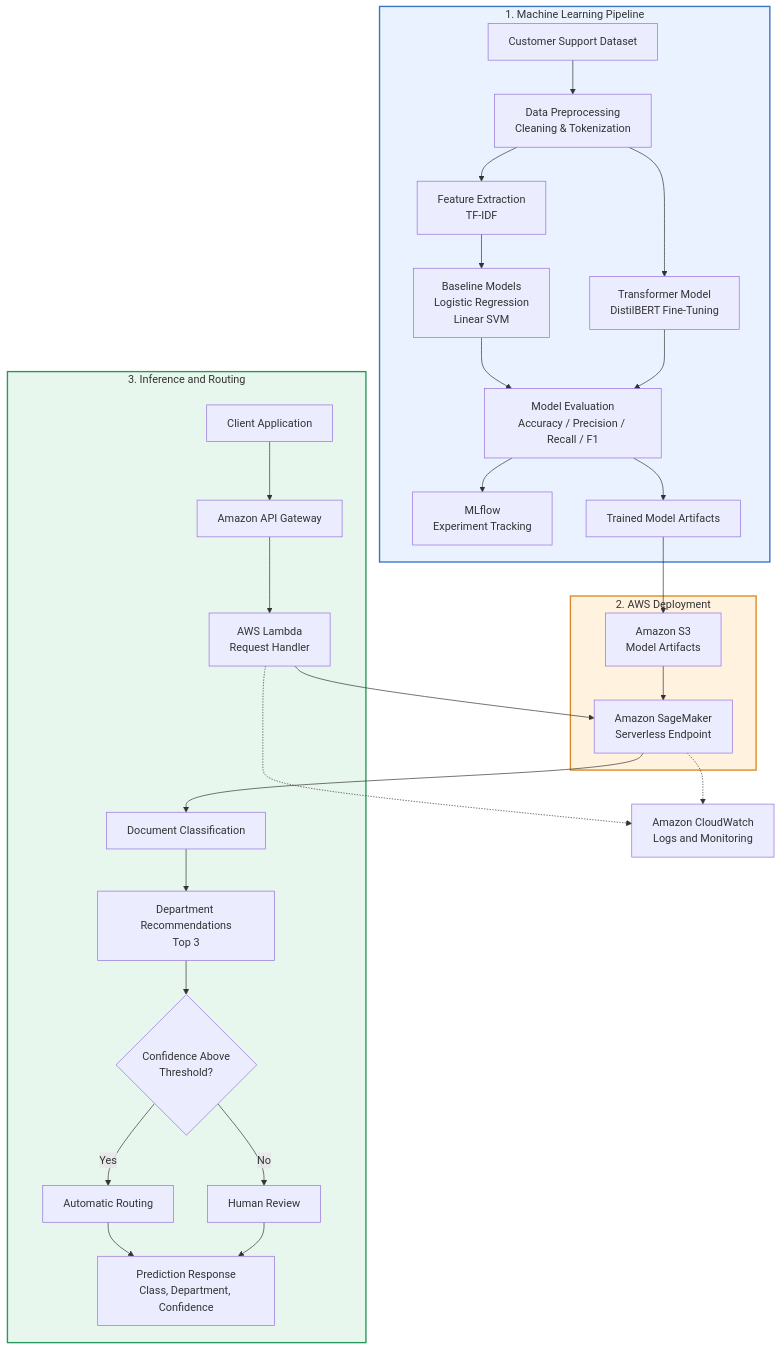
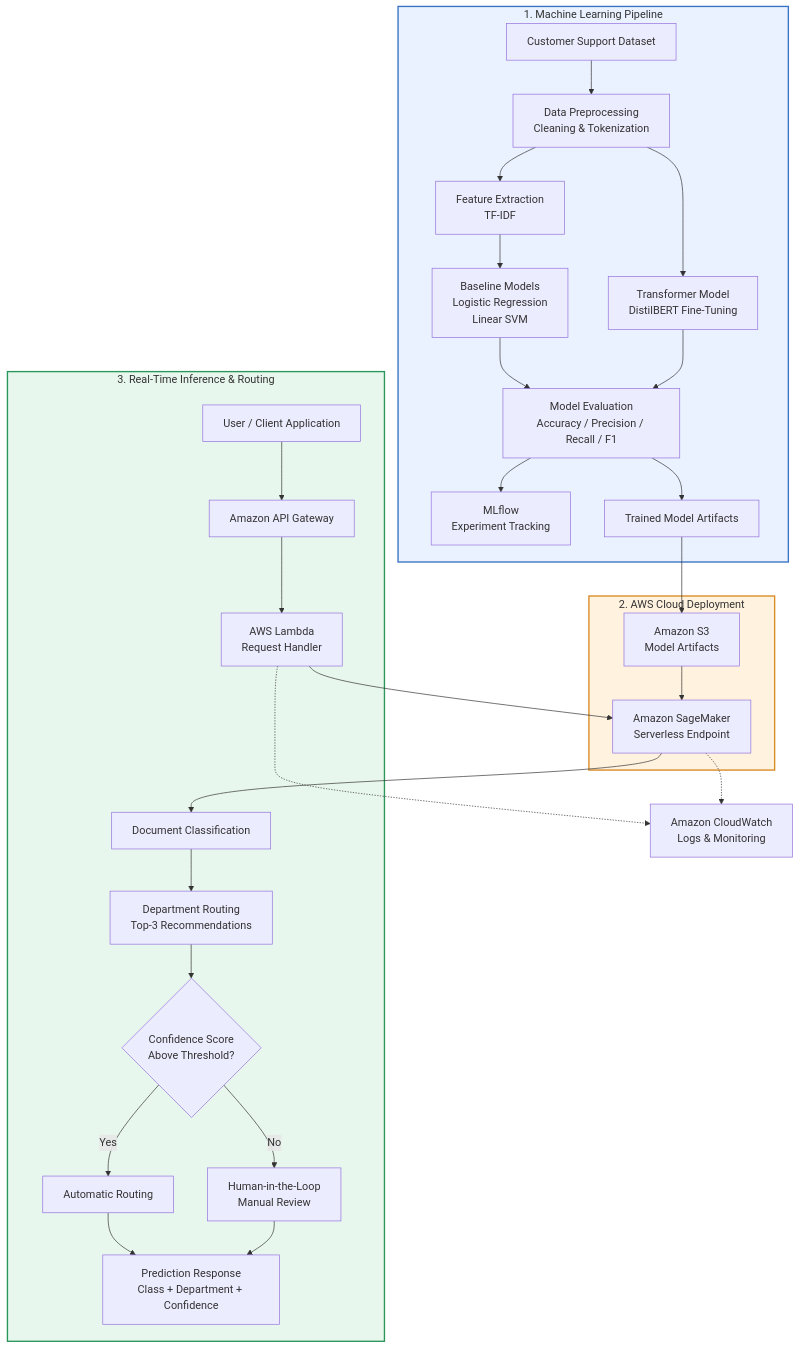
Before and after one commit to a7medma7moudmostafa/NHA-5-168: the diagram in README.md, drawn with Mermaid. The commit also changed other lines of this file and 32 other files, not shown here.

````diff
--- a/README.md
+++ b/README.md
@@ -25,65 +16,66 @@
 ```mermaid
 flowchart TB
 
     subgraph ML["1. Machine Learning Pipeline"]
         A["Customer Support Dataset"]
         B["Data Preprocessing<br/>Cleaning & Tokenization"]
         C["Feature Extraction<br/>TF-IDF"]
-
+        
         D["Baseline Models<br/>Logistic Regression<br/>Linear SVM"]
         E["Transformer Model<br/>DistilBERT Fine-Tuning"]
-
+        
         F["Model Evaluation<br/>Accuracy / Precision / Recall / F1"]
         G["MLflow<br/>Experiment Tracking"]
         H["Trained Model Artifacts"]
 
         A --> B
         B --> C
         C --> D
         B --> E
         D --> F
         E --> F
         F --> G
         F --> H
     end
 
-    subgraph AWS["2. AWS Deployment"]
+    subgraph AWS["2. AWS Cloud Deployment"]
         I["Amazon S3<br/>Model Artifacts"]
         J["Amazon SageMaker<br/>Serverless Endpoint"]
-
+        
         H --> I
         I --> J
     end
 
-    subgraph INFERENCE["3. Inference and Routing"]
-        K["Client Application"]
+    subgraph INFERENCE["3. Real-Time Inference & Routing"]
+        K["User / Client Application"]
         L["Amazon API Gateway"]
         M["AWS Lambda<br/>Request Handler"]
         N["Document Classification"]
-        O["Department Recommendations<br/>Top 3"]
-        P{"Confidence Above<br/>Threshold?"}
+        O["Department Routing<br/>Top-3 Recommendations"]
+        P{"Confidence Score<br/>Above Threshold?"}
         Q["Automatic Routing"]
-        R["Human Review"]
-        S["Prediction Response<br/>Class, Department, Confidence"]
+        R["Human-in-the-Loop<br/>Manual Review"]
+        S["Prediction Response<br/>Class + Department + Confidence"]
 
         K --> L
         L --> M
         M --> J
         J --> N
         N --> O
         O --> P
         P -->|Yes| Q
         P -->|No| R
         Q --> S
         R --> S
     end
 
-    T["Amazon CloudWatch<br/>Logs and Monitoring"]
+    T["Amazon CloudWatch<br/>Logs & Monitoring"]
 
     M -.-> T
     J -.-> T
 
     style ML fill:#eaf2ff,stroke:#3973c6,stroke-width:2px
     style AWS fill:#fff2df,stroke:#d98b25,stroke-width:2px
     style INFERENCE fill:#e8f7ed,stroke:#29965b,stroke-width:2px
+
 ```
````
